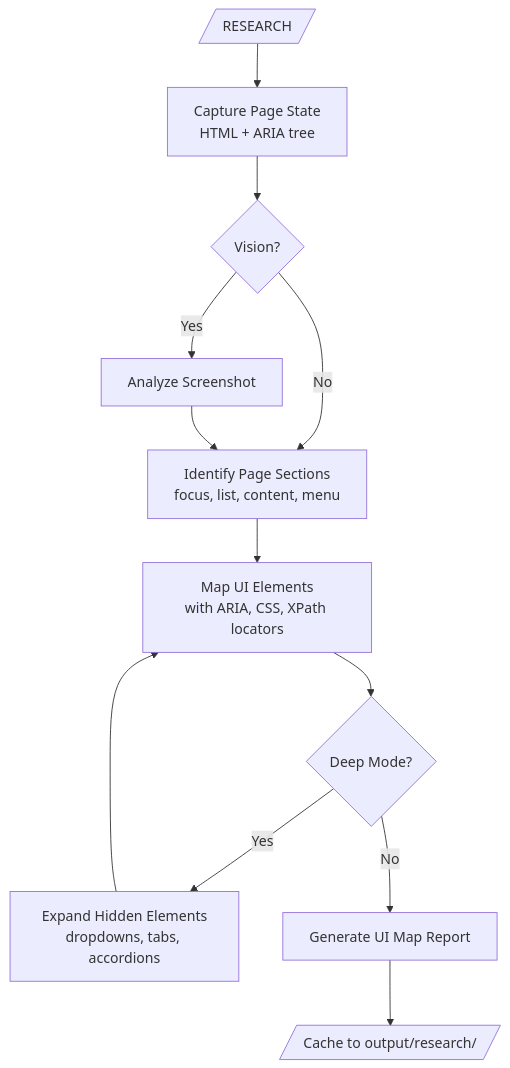
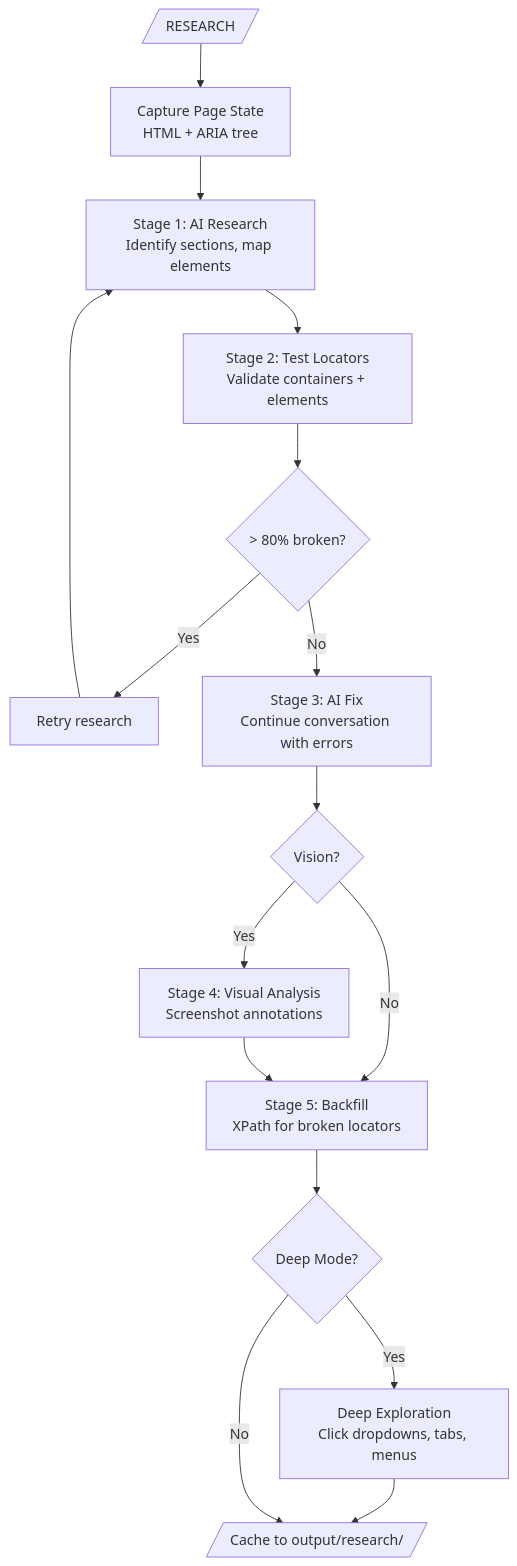
Before and after one commit to testomatio/explorbot: the first of 2 diagrams in docs/researcher.md, drawn with Mermaid. The commit also changed other lines of this file, not shown here.

Commit message:
update researcher docs: 5-stage pipeline, sections config, output format

````diff
--- a/docs/researcher.md
+++ b/docs/researcher.md
@@ -72,14 +76,18 @@
 ```mermaid
 flowchart TD
     A[/"RESEARCH"/] --> B[Capture Page State<br/>HTML + ARIA tree]
-    B --> C{Vision?}
-    C -->|Yes| D[Analyze Screenshot]
-    C -->|No| E
-    D --> E[Identify Page Sections<br/>focus, list, content, menu]
-    E --> F[Map UI Elements<br/>with ARIA, CSS, XPath locators]
-    F --> G{Deep Mode?}
-    G -->|Yes| H[Expand Hidden Elements<br/>dropdowns, tabs, accordions]
-    H --> F
-    G -->|No| I[Generate UI Map Report]
-    I --> J[/"Cache to output/research/"/]
+    B --> C[Stage 1: AI Research<br/>Identify sections, map elements]
+    C --> D[Stage 2: Test Locators<br/>Validate containers + elements]
+    D --> E{> 80% broken?}
+    E -->|Yes| F[Retry research]
+    F --> C
+    E -->|No| G[Stage 3: AI Fix<br/>Continue conversation with errors]
+    G --> H{Vision?}
+    H -->|Yes| I[Stage 4: Visual Analysis<br/>Screenshot annotations]
+    H -->|No| J
+    I --> J[Stage 5: Backfill<br/>XPath for broken locators]
+    J --> K{Deep Mode?}
+    K -->|Yes| L[Deep Exploration<br/>Click dropdowns, tabs, menus]
+    L --> M
+    K -->|No| M[/"Cache to output/research/"/]
 ```
````
